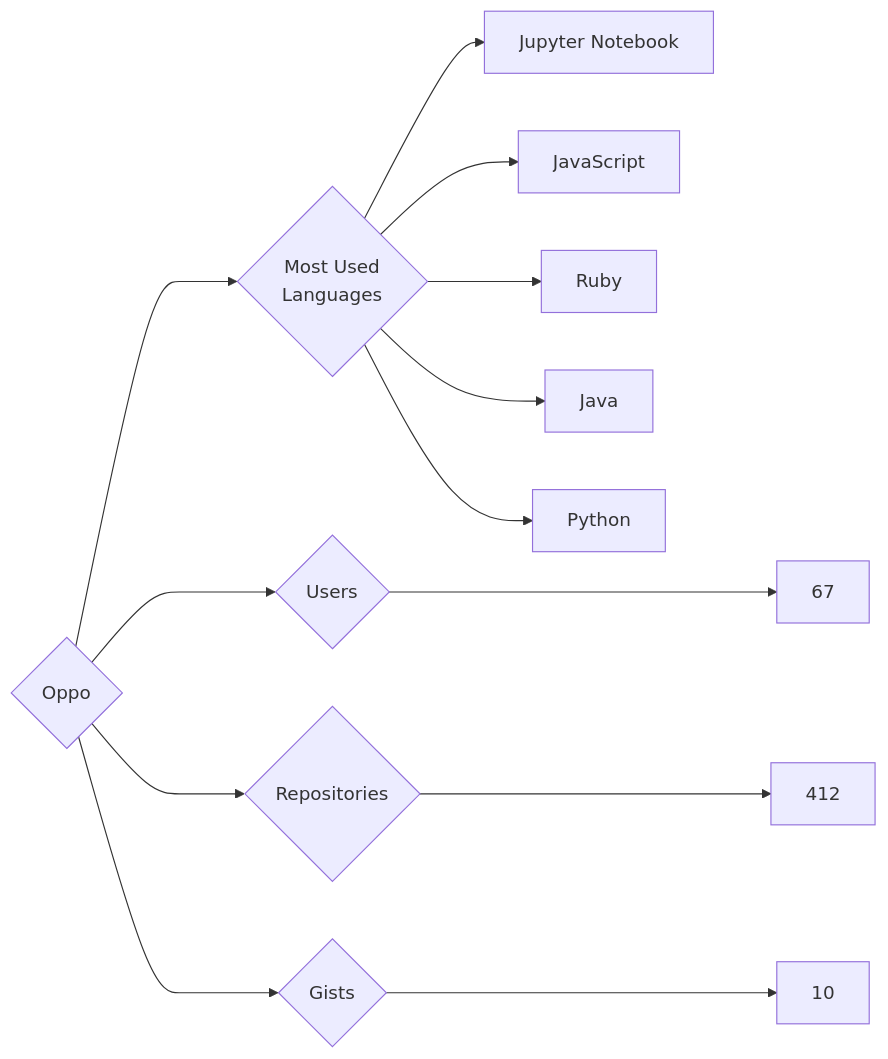
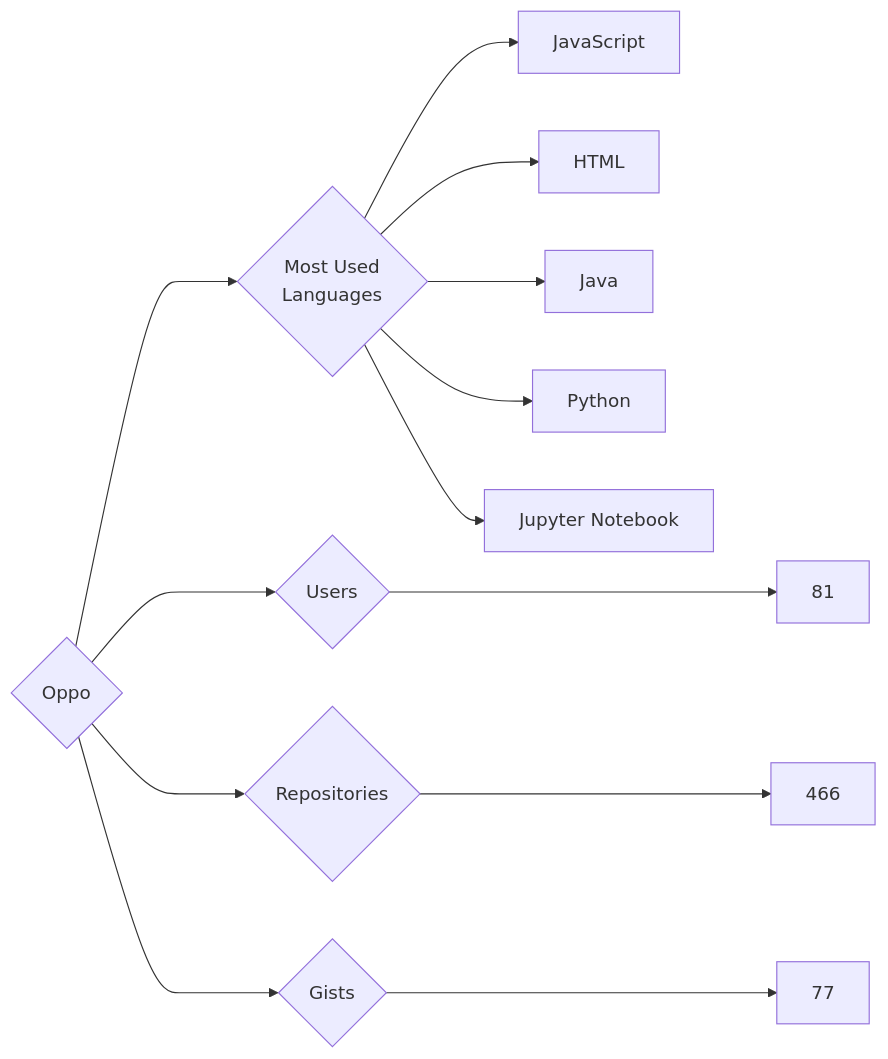
One commit to trickest/insiders changed the diagram in targets/Oppo/README.md. Above: the diagram before and after it, drawn with Mermaid. The commit also changed 728 other files, not shown here.

````diff
--- a/targets/Oppo/README.md
+++ b/targets/Oppo/README.md
@@ -3,13 +3,13 @@
 ```mermaid
 graph LR
 COMPANY_NAME{Oppo}
-COMPANY_NAME ---> U{Users} ---> UN[67]
-COMPANY_NAME ---> R{Repositories} ---> RN[412]
-COMPANY_NAME ---> G{Gists} ---> GN[10]
+COMPANY_NAME ---> U{Users} ---> UN[81]
+COMPANY_NAME ---> R{Repositories} ---> RN[466]
+COMPANY_NAME ---> G{Gists} ---> GN[77]
 COMPANY_NAME ---> ML{Most Used<br>Languages}
-ML --> Jupyter_Notebook[Jupyter Notebook]
 ML --> JavaScript[JavaScript]
-ML --> Ruby[Ruby]
+ML --> HTML[HTML]
 ML --> Java[Java]
 ML --> Python[Python]
+ML --> Jupyter_Notebook[Jupyter Notebook]
 ```
````
